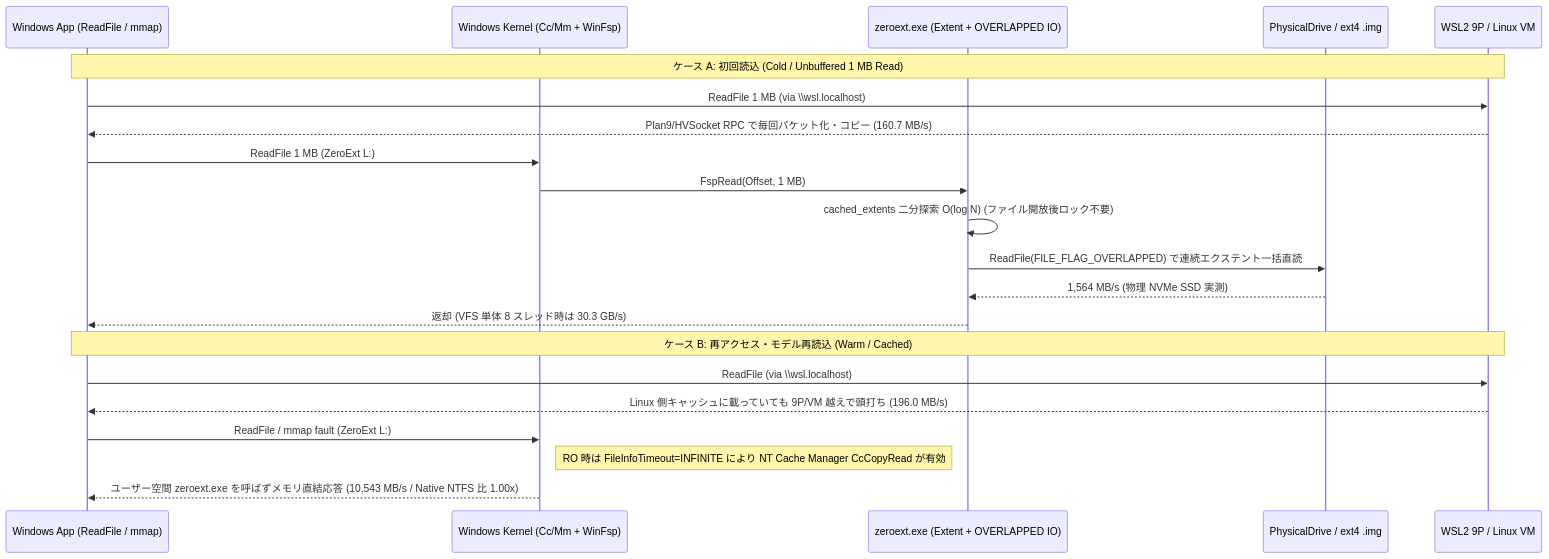
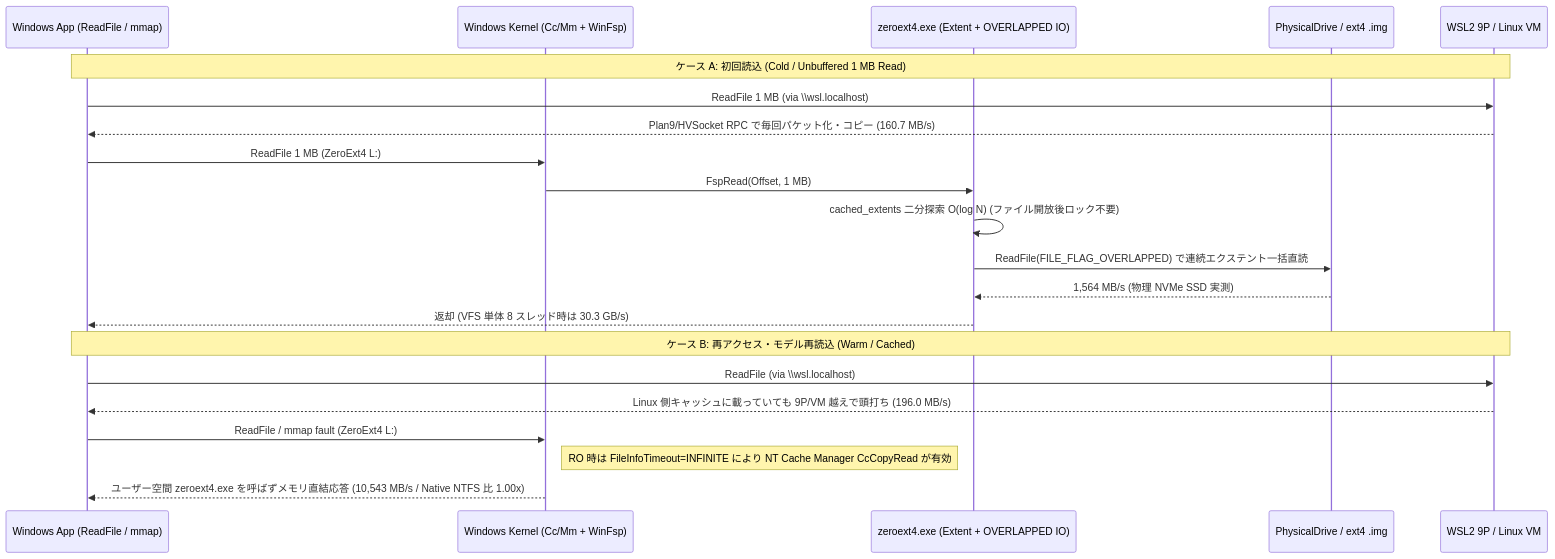
One commit to totatake/ZeroExt changed the second of 2 diagrams in docs/overview.md. Above: the diagram before and after it, drawn with Mermaid. The commit also changed other lines of this file and 136 other files, not shown here.

Commit message:
refactor!: rename project, targets, symbols, and GUI to ZeroExt4

````diff
--- a/docs/overview.md
+++ b/docs/overview.md
@@ -62,27 +62,27 @@
 ```mermaid
 sequenceDiagram
     participant App as Windows App (ReadFile / mmap)
     participant Kern as Windows Kernel (Cc/Mm + WinFsp)
-    participant Ext as zeroext.exe (Extent + OVERLAPPED IO)
+    participant Ext as zeroext4.exe (Extent + OVERLAPPED IO)
     participant SSD as PhysicalDrive / ext4 .img
     participant WSL as WSL2 9P / Linux VM
 
     Note over App,WSL: ケース A: 初回読込 (Cold / Unbuffered 1 MB Read)
     App->>WSL: ReadFile 1 MB (via \\wsl.localhost)
     WSL-->>App: Plan9/HVSocket RPC で毎回パケット化・コピー (160.7 MB/s)
 
-    App->>Kern: ReadFile 1 MB (ZeroExt L:)
+    App->>Kern: ReadFile 1 MB (ZeroExt4 L:)
     Kern->>Ext: FspRead(Offset, 1 MB)
     Ext->>Ext: cached_extents 二分探索 O(log N) (ファイル開放後ロック不要)
     Ext->>SSD: ReadFile(FILE_FLAG_OVERLAPPED) で連続エクステント一括直読
     SSD-->>Ext: 1,564 MB/s (物理 NVMe SSD 実測)
     Ext-->>App: 返却 (VFS 単体 8 スレッド時は 30.3 GB/s)
 
     Note over App,WSL: ケース B: 再アクセス・モデル再読込 (Warm / Cached)
     App->>WSL: ReadFile (via \\wsl.localhost)
     WSL-->>App: Linux 側キャッシュに載っていても 9P/VM 越えで頭打ち (196.0 MB/s)
 
-    App->>Kern: ReadFile / mmap fault (ZeroExt L:)
+    App->>Kern: ReadFile / mmap fault (ZeroExt4 L:)
     Note right of Kern: RO 時は FileInfoTimeout=INFINITE により NT Cache Manager CcCopyRead が有効
-    Kern-->>App: ユーザー空間 zeroext.exe を呼ばずメモリ直結応答 (10,543 MB/s / Native NTFS 比 1.00x)
+    Kern-->>App: ユーザー空間 zeroext4.exe を呼ばずメモリ直結応答 (10,543 MB/s / Native NTFS 比 1.00x)
 ```
````
